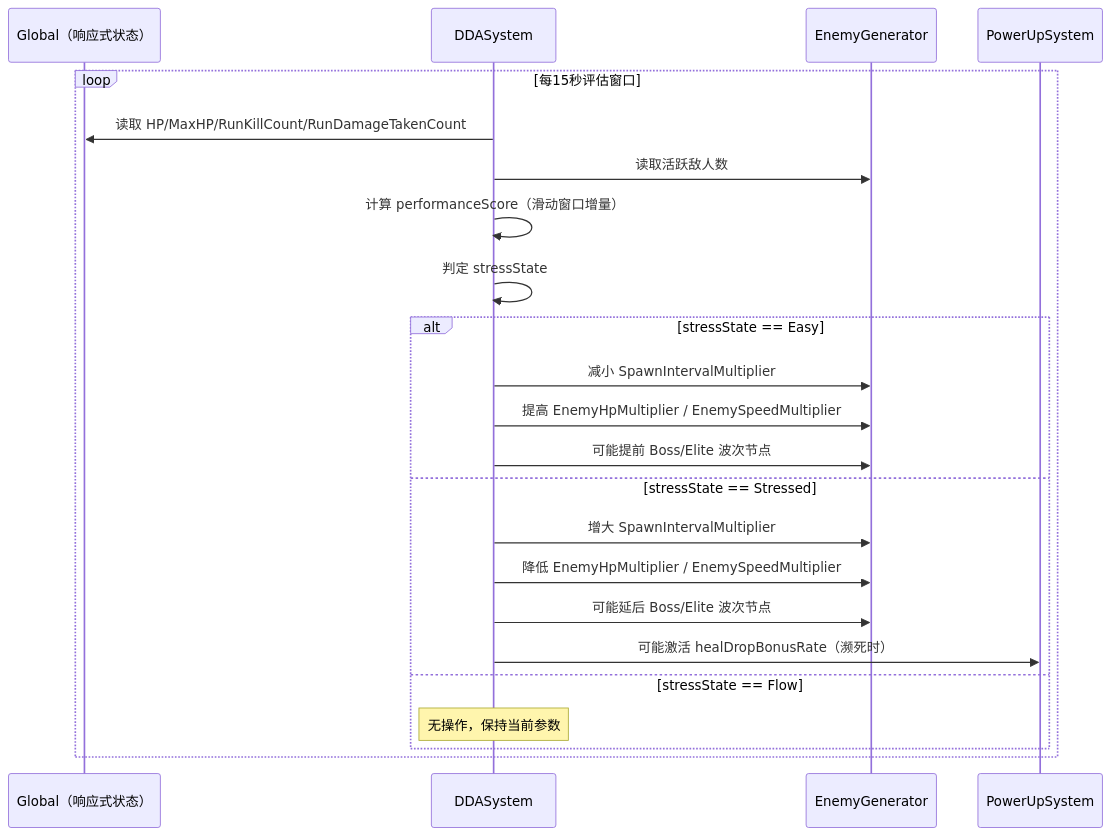
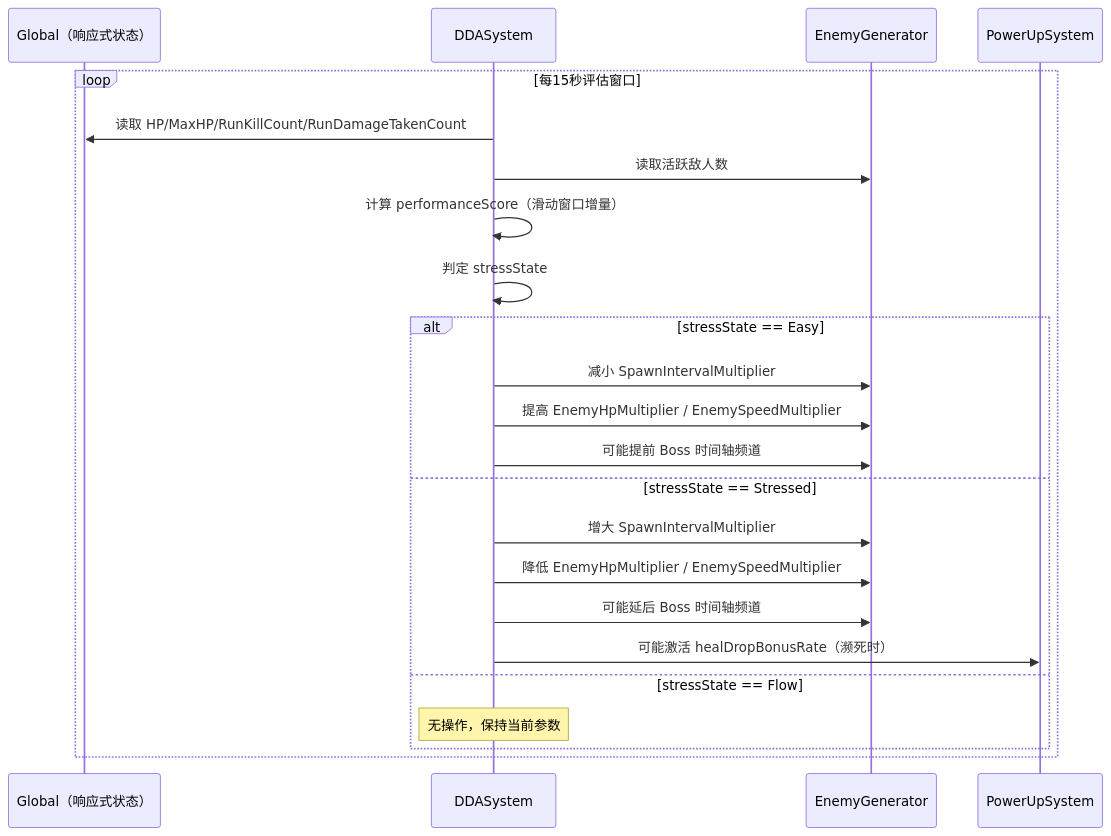
Before and after one commit to yurisachan16-creator/Vampire-Survivor-like: the diagram in Docs/PRD-DDA.md, drawn with Mermaid. The commit also changed other lines of this file and 3 other files, not shown here.

Commit message:
docs: align dda PRD with timeline-offset implementation and add tests

````diff
--- a/Docs/PRD-DDA.md
+++ b/Docs/PRD-DDA.md
@@ -188,27 +188,27 @@
 ```mermaid
 sequenceDiagram
     participant G as Global（响应式状态）
     participant DDA as DDASystem
     participant EG as EnemyGenerator
     participant PU as PowerUpSystem
 
     loop 每15秒评估窗口
         DDA->>G: 读取 HP/MaxHP/RunKillCount/RunDamageTakenCount
         DDA->>EG: 读取活跃敌人数
         DDA->>DDA: 计算 performanceScore（滑动窗口增量）
         DDA->>DDA: 判定 stressState
 
         alt stressState == Easy
             DDA->>EG: 减小 SpawnIntervalMultiplier
             DDA->>EG: 提高 EnemyHpMultiplier / EnemySpeedMultiplier
-            DDA->>EG: 可能提前 Boss/Elite 波次节点
+            DDA->>EG: 可能提前 Boss 时间轴频道
         else stressState == Stressed
             DDA->>EG: 增大 SpawnIntervalMultiplier
             DDA->>EG: 降低 EnemyHpMultiplier / EnemySpeedMultiplier
-            DDA->>EG: 可能延后 Boss/Elite 波次节点
+            DDA->>EG: 可能延后 Boss 时间轴频道
             DDA->>PU: 可能激活 healDropBonusRate（濒死时）
         else stressState == Flow
             Note over DDA: 无操作，保持当前参数
         end
     end
 ```
````
